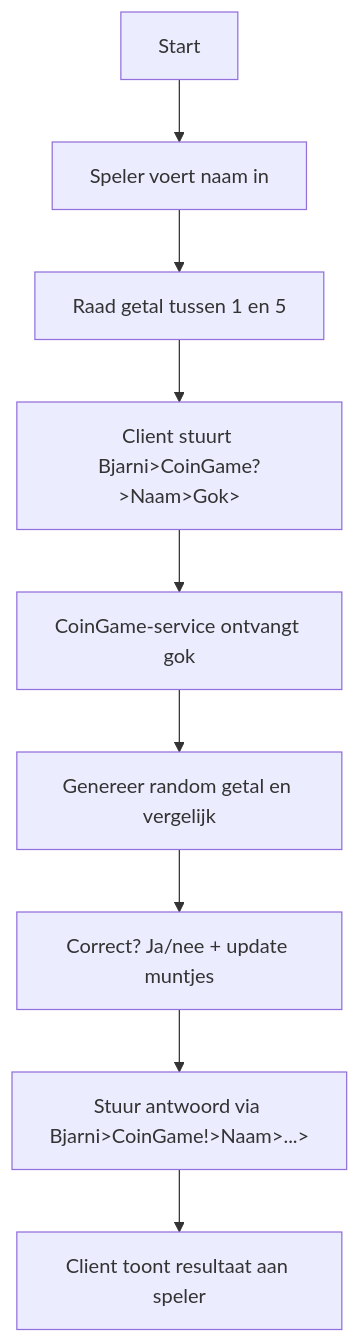
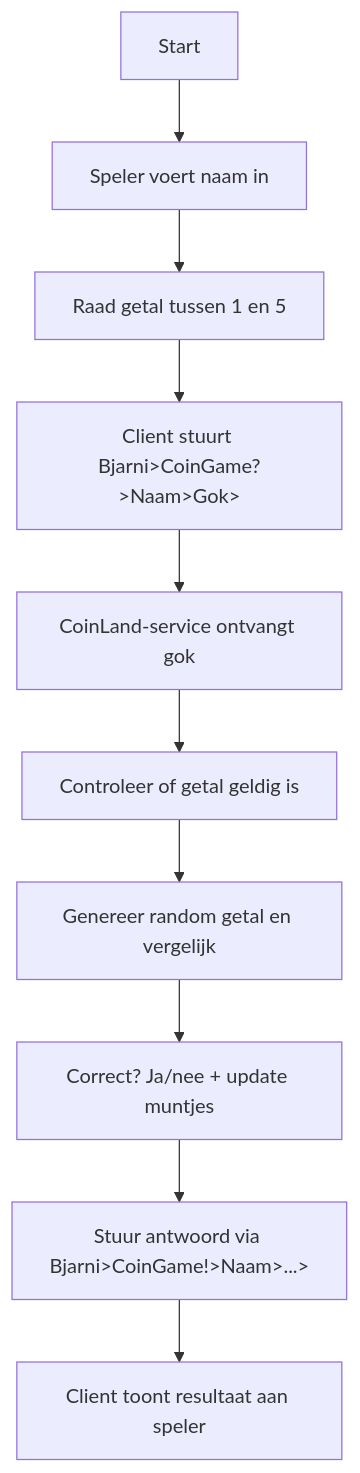
Before and after one commit to BjarniHeselmans/NetworkProgramming: the first of 3 diagrams in README.md, drawn with Mermaid. The commit also changed other lines of this file, not shown here.

````diff
--- a/README.md
+++ b/README.md
@@ -26,11 +26,12 @@
 ```mermaid
 flowchart TD
     Start --> NaamInvoer[Speler voert naam in]
     NaamInvoer --> Raad[Raad getal tussen 1 en 5]
     Raad --> SendGuess[Client stuurt Bjarni>CoinGame?>Naam>Gok>]
-    SendGuess --> Service[CoinGame-service ontvangt gok]
-    Service --> Compare[Genereer random getal en vergelijk]
+    SendGuess --> Service[CoinLand-service ontvangt gok]
+    Service --> CheckRange[Controleer of getal geldig is]
+    CheckRange --> Compare[Genereer random getal en vergelijk]
     Compare --> Resultaat[Correct? Ja/nee + update muntjes]
     Resultaat --> SendBack[Stuur antwoord via Bjarni>CoinGame!>Naam>...>]
     SendBack --> ClientToon[Client toont resultaat aan speler]
 ```
````
